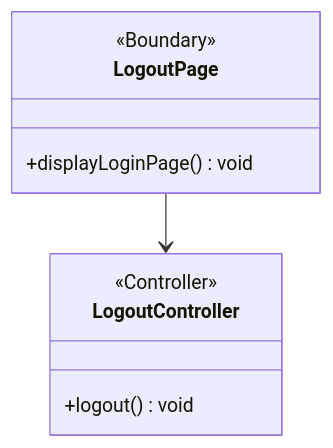
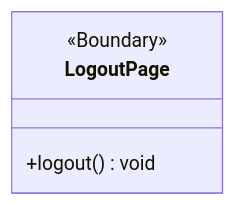
Before and after one commit to JSL124/SDM-project: the diagram in docs/logout/bce-diagram.md, drawn with Mermaid. The commit also changed other lines of this file and 86 other files, not shown here.

Commit message:
Simplified Version (Creating Profile/Account, Login/Logout)

````diff
--- a/docs/logout/bce-diagram.md
+++ b/docs/logout/bce-diagram.md
@@ -3,14 +3,7 @@
 ```mermaid
 classDiagram
     class LogoutPage {
         <<Boundary>>
-        +displayLoginPage() void
-    }
-
-    class LogoutController {
-        <<Controller>>
         +logout() void
     }
-
-    LogoutPage --> LogoutController
 ```
````
